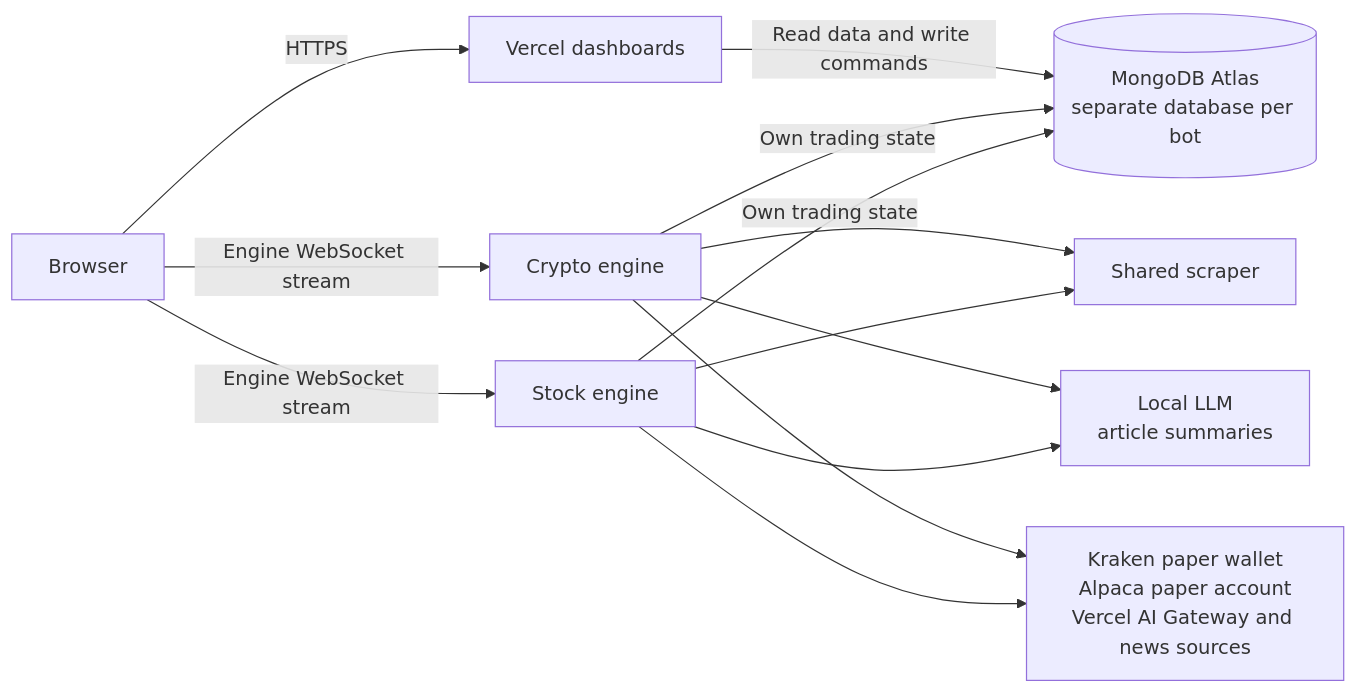
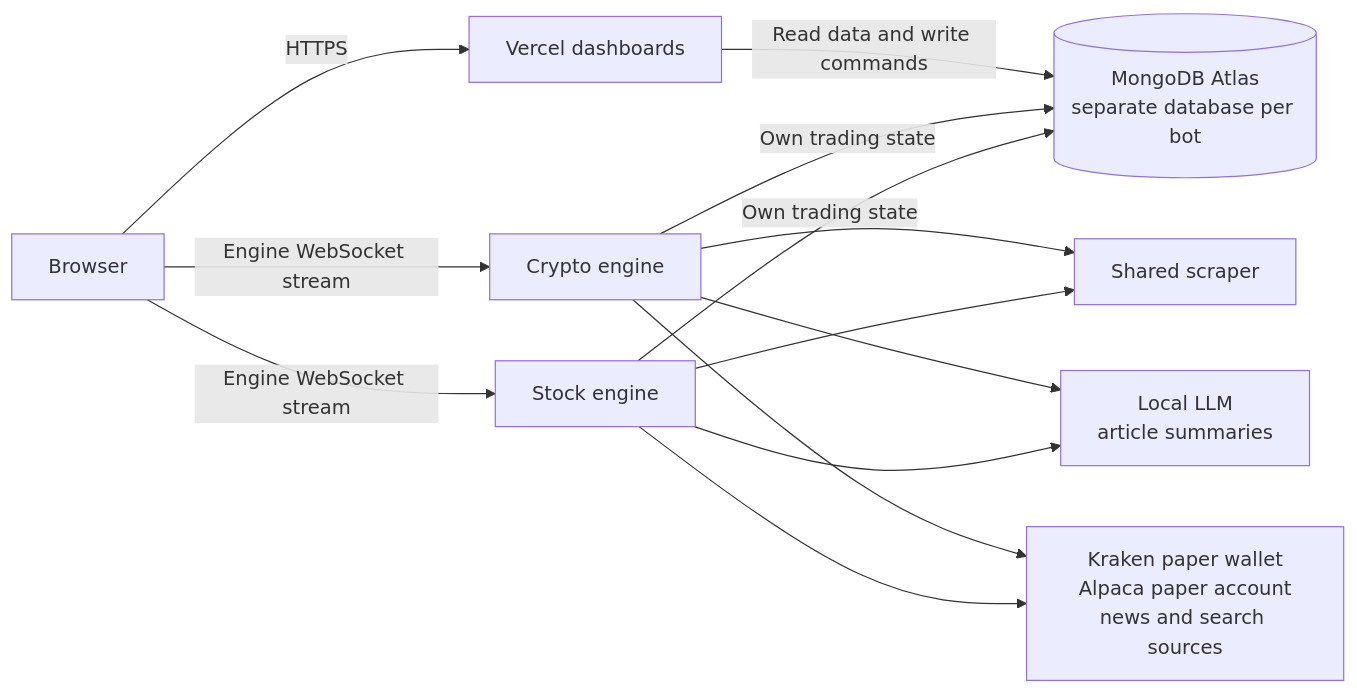
Before and after one commit to colinfran/marketbots: the diagram in README.md, drawn with Mermaid. The commit also changed other lines of this file and 55 other files, not shown here.

````diff
--- a/README.md
+++ b/README.md
@@ -16,24 +16,24 @@
 ```mermaid
 flowchart LR
     browser[Browser]
     dashboards[Vercel dashboards]
     crypto[Crypto engine]
     stock[Stock engine]
     atlas[(MongoDB Atlas<br/>separate database per bot)]
     scraper[Shared scraper]
     llm[Local LLM<br/>article summaries]
-    services[Kraken paper wallet<br/>Alpaca paper account<br/>Vercel AI Gateway and news sources]
+    services[Kraken paper wallet<br/>Alpaca paper account<br/>news and search sources]
 
     browser -->|HTTPS| dashboards
     dashboards -->|Read data and write commands| atlas
     browser -->|Engine WebSocket stream| crypto
     browser -->|Engine WebSocket stream| stock
     crypto -->|Own trading state| atlas
     stock -->|Own trading state| atlas
     crypto --> scraper
     stock --> scraper
     crypto --> llm
     stock --> llm
     crypto --> services
     stock --> services
 ```
````
